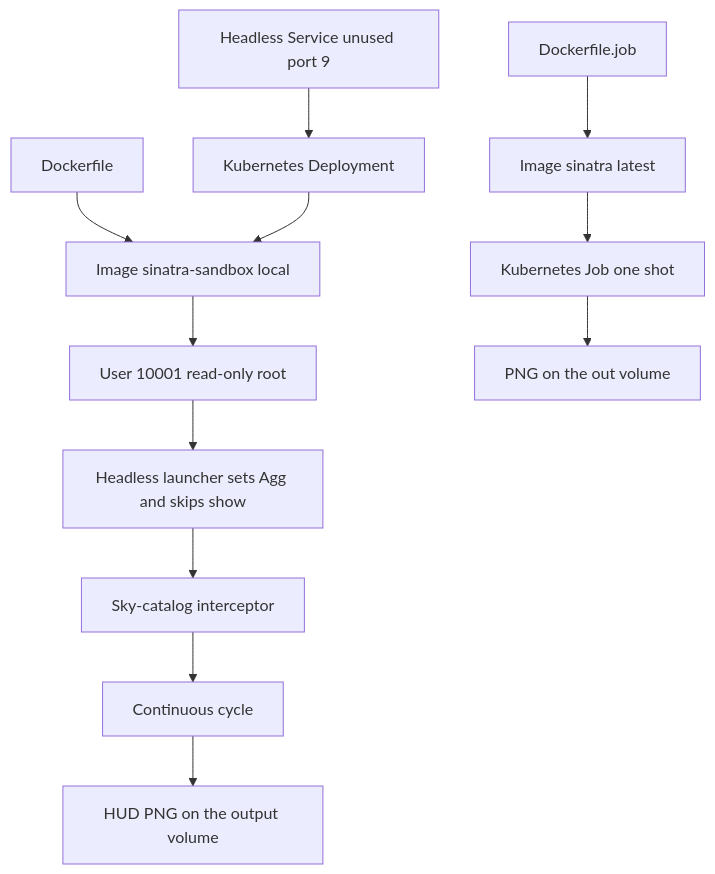
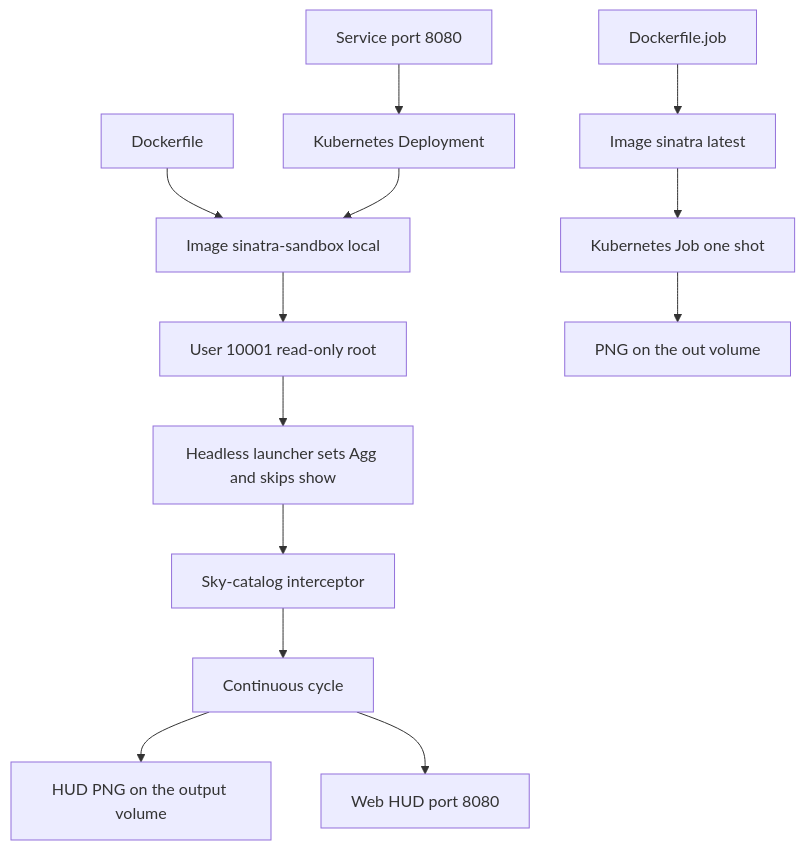
The diagram in diagrams/deployment.mmd (code4johnm/sinatra_audit), drawn with Mermaid before and after one commit. The commit also changed 10 other files, not shown here.

Commit message:
Add a web HUD on the same live interceptor loop.

```diff
--- a/diagrams/deployment.mmd
+++ b/diagrams/deployment.mmd
@@ -1,26 +1,28 @@
 graph TD
   docker[Dockerfile]
   image[Image sinatra-sandbox local]
   user[User 10001 read-only root]
   launch[Headless launcher sets Agg and skips show]
   script[Sky-catalog interceptor]
   loop[Continuous cycle]
   png[HUD PNG on the output volume]
+  web[Web HUD port 8080]
   dep[Kubernetes Deployment]
-  svc[Headless Service unused port 9]
+  svc[Service port 8080]
   jobfile[Dockerfile.job]
   jobimg[Image sinatra latest]
   job[Kubernetes Job one shot]
   outvol[PNG on the out volume]
 
   docker --> image
   image --> user
   user --> launch
   launch --> script
   script --> loop
   loop --> png
+  loop --> web
   dep --> image
   svc --> dep
   jobfile --> jobimg
   jobimg --> job
   job --> outvol
```
